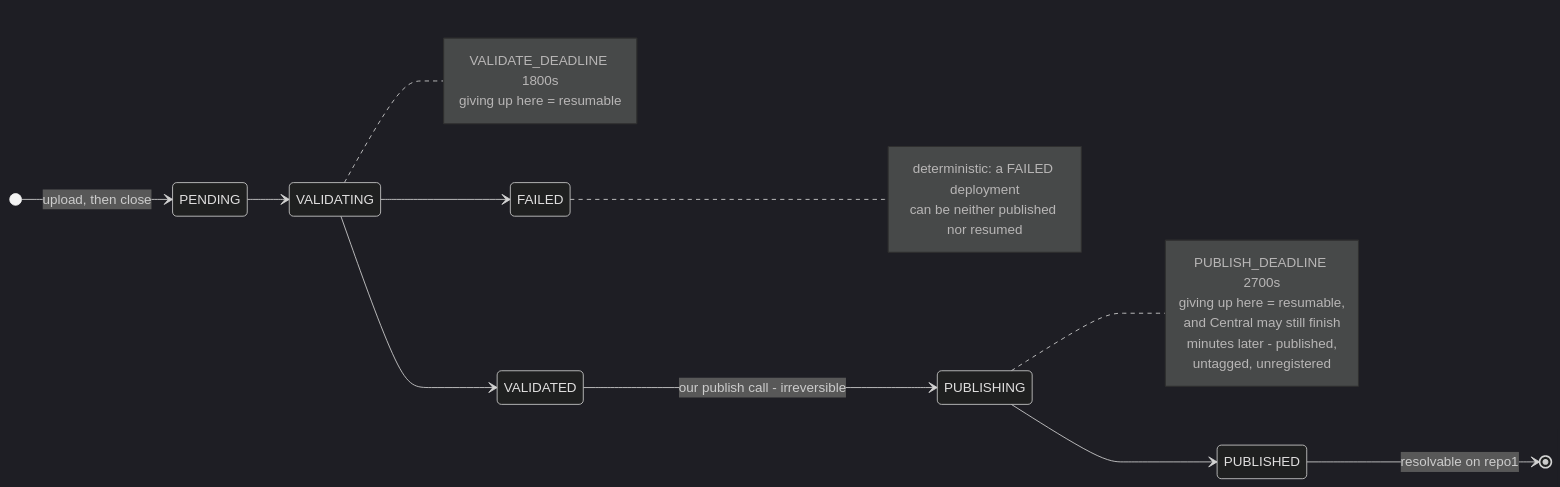
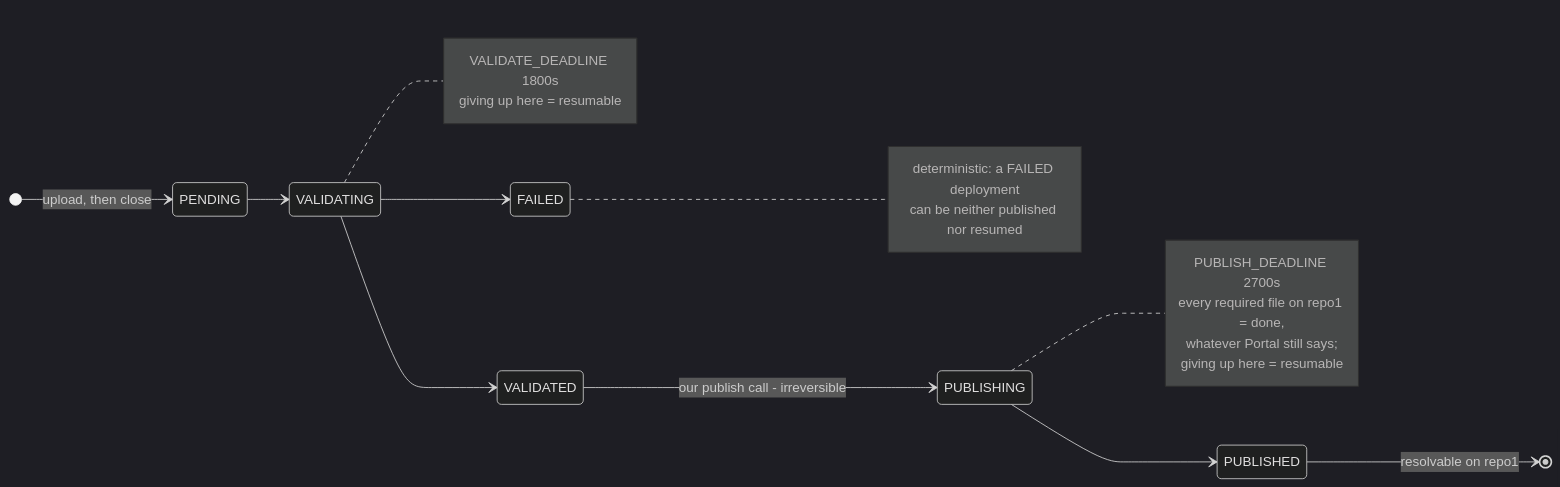
The fourth of 5 diagrams in docs/Octopus Release Pipeline.md (octopusden/octopus-base), drawn with Mermaid (dark theme) before and after one commit. The commit also changed other lines of this file and 7 other files, not shown here.

First line of the commit message:
fix(release): finish Portal publication when repo1 already serves the release; correct recovery hints (#251)

````diff
--- a/docs/Octopus Release Pipeline.md
+++ b/docs/Octopus Release Pipeline.md
@@ -387,27 +387,26 @@
 ```mermaid
 stateDiagram-v2
     direction LR
     [*] --> PENDING: upload, then close
     PENDING --> VALIDATING
     VALIDATING --> VALIDATED
     VALIDATING --> FAILED
     VALIDATED --> PUBLISHING: our publish call - irreversible
     PUBLISHING --> PUBLISHED
     PUBLISHED --> [*]: resolvable on repo1
 
     note right of VALIDATING
         VALIDATE_DEADLINE 1800s
         giving up here = resumable
     end note
     note right of PUBLISHING
         PUBLISH_DEADLINE 2700s
-        giving up here = resumable,
-        and Central may still finish
-        minutes later - published,
-        untagged, unregistered
+        every required file on repo1 = done,
+        whatever Portal still says;
+        giving up here = resumable
     end note
     note right of FAILED
         deterministic: a FAILED deployment
         can be neither published nor resumed
     end note
 ```
````
